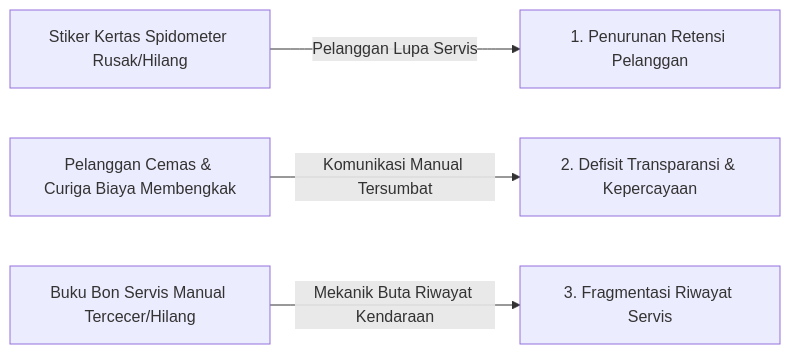
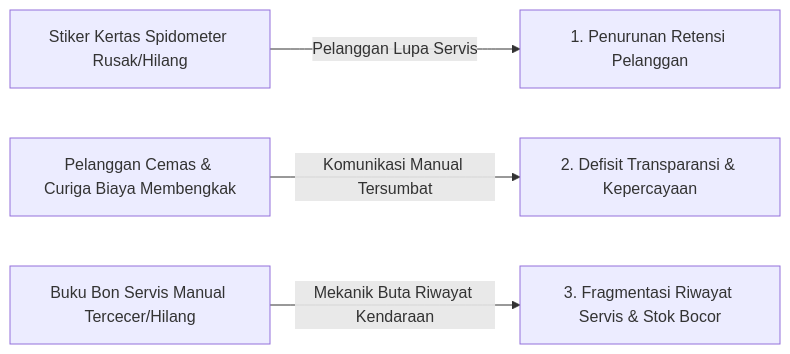
One commit to PrabuPebe/bengkel-app changed the first of 3 diagrams in docs/PRD.md. Above: the diagram before and after it, drawn with Mermaid. The commit also changed other lines of this file, not shown here.

````diff
--- a/docs/PRD.md
+++ b/docs/PRD.md
@@ -30,6 +32,6 @@
 ```mermaid
 flowchart LR
     A["Stiker Kertas Spidometer Rusak/Hilang"] -->|Pelanggan Lupa Servis| P1["1. Penurunan Retensi Pelanggan"]
     B["Pelanggan Cemas & Curiga Biaya Membengkak"] -->|Komunikasi Manual Tersumbat| P2["2. Defisit Transparansi & Kepercayaan"]
-    C["Buku Bon Servis Manual Tercecer/Hilang"] -->|Mekanik Buta Riwayat Kendaraan| P3["3. Fragmentasi Riwayat Servis"]
+    C["Buku Bon Servis Manual Tercecer/Hilang"] -->|Mekanik Buta Riwayat Kendaraan| P3["3. Fragmentasi Riwayat Servis & Stok Bocor"]
 ```
````
